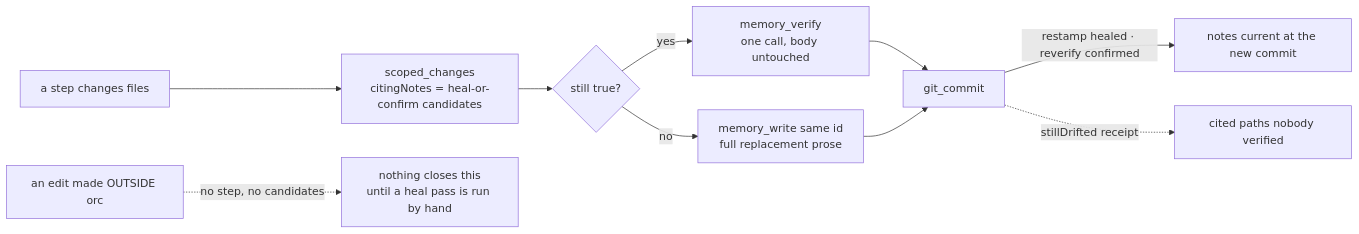
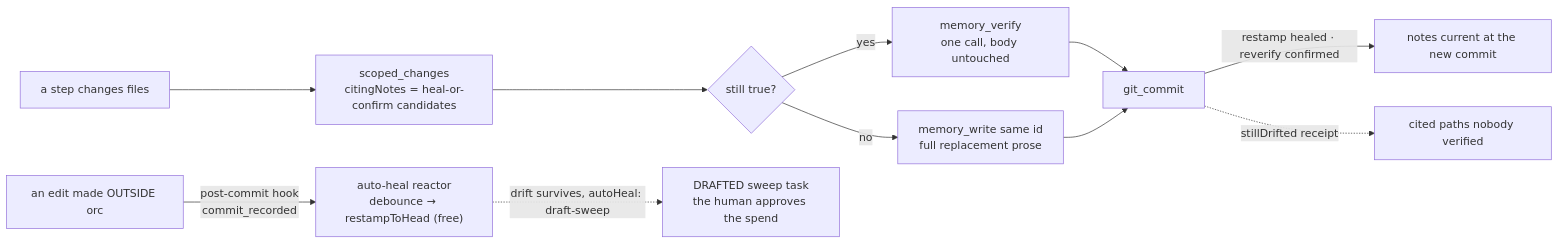
Before and after one commit to fetttttjoe/ORC: the second of 7 diagrams in docs/ARCHITECTURE.md, drawn with Mermaid. The commit also changed other lines of this file and 78 other files, not shown here.

Commit message:
feat(memory,kernel,contracts): the knowledge-provenance loop — outcome notes anchor to their paths, commits heal their own drift, one decode for the stream, and notes learn from use

````diff
--- a/docs/ARCHITECTURE.md
+++ b/docs/ARCHITECTURE.md
@@ -78,13 +78,14 @@
 ```mermaid
 flowchart LR
   change["a step changes files"] --> sc["scoped_changes<br/>citingNotes = heal-or-confirm candidates"]
   sc --> judge{"still true?"}
   judge -->|yes| verify["memory_verify<br/>one call, body untouched"]
   judge -->|no| heal["memory_write same id<br/>full replacement prose"]
   verify --> commit["git_commit"]
   heal --> commit
   commit -->|"restamp healed · reverify confirmed"| done["notes current at the new commit"]
   commit -.->|"stillDrifted receipt"| gap["cited paths nobody verified"]
 
-  outside["an edit made OUTSIDE orc"] -.->|"no step, no candidates"| never["nothing closes this<br/>until a heal pass is run by hand"]
+  outside["an edit made OUTSIDE orc"] -->|"post-commit hook<br/>commit_recorded"| reactor["auto-heal reactor<br/>debounce → restampToHead (free)"]
+  reactor -.->|"drift survives, autoHeal: draft-sweep"| draft["DRAFTED sweep task<br/>the human approves the spend"]
 ```
````
